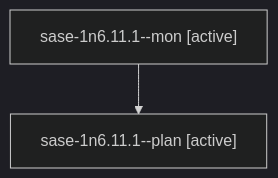
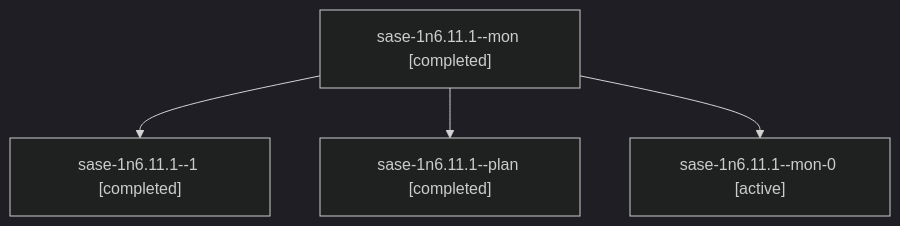
Before and after one commit to sase-org/sase--agents: the diagram in sessions/bbugyi200.athena.sase-1n6.11.1.md, drawn with Mermaid (dark theme). The commit also changed other lines of this file and 149 other files, not shown here.

````diff
--- a/sessions/bbugyi200.athena.sase-1n6.11.1.md
+++ b/sessions/bbugyi200.athena.sase-1n6.11.1.md
@@ -9,6 +9,10 @@
 ```mermaid
 flowchart TD
-  n0["sase-1n6.11.1--mon [active]"]
-  n1["sase-1n6.11.1--plan [active]"]
+  n0["sase-1n6.11.1--mon [completed]"]
+  n1["sase-1n6.11.1--1 [completed]"]
   n0 --> n1
+  n2["sase-1n6.11.1--plan [completed]"]
+  n0 --> n2
+  n3["sase-1n6.11.1--mon-0 [active]"]
+  n0 --> n3
 ```
````
